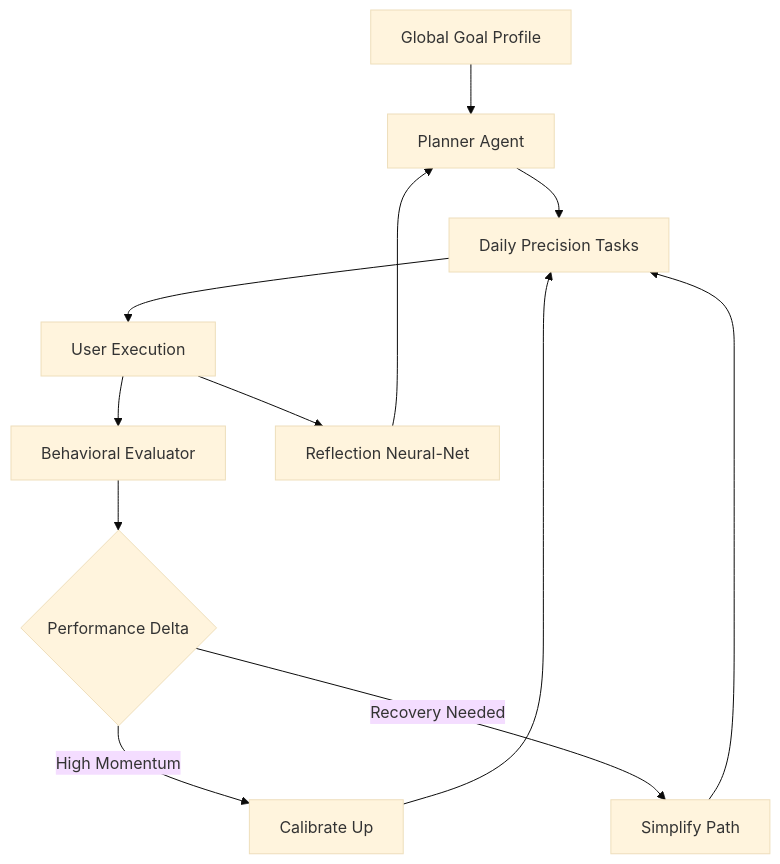
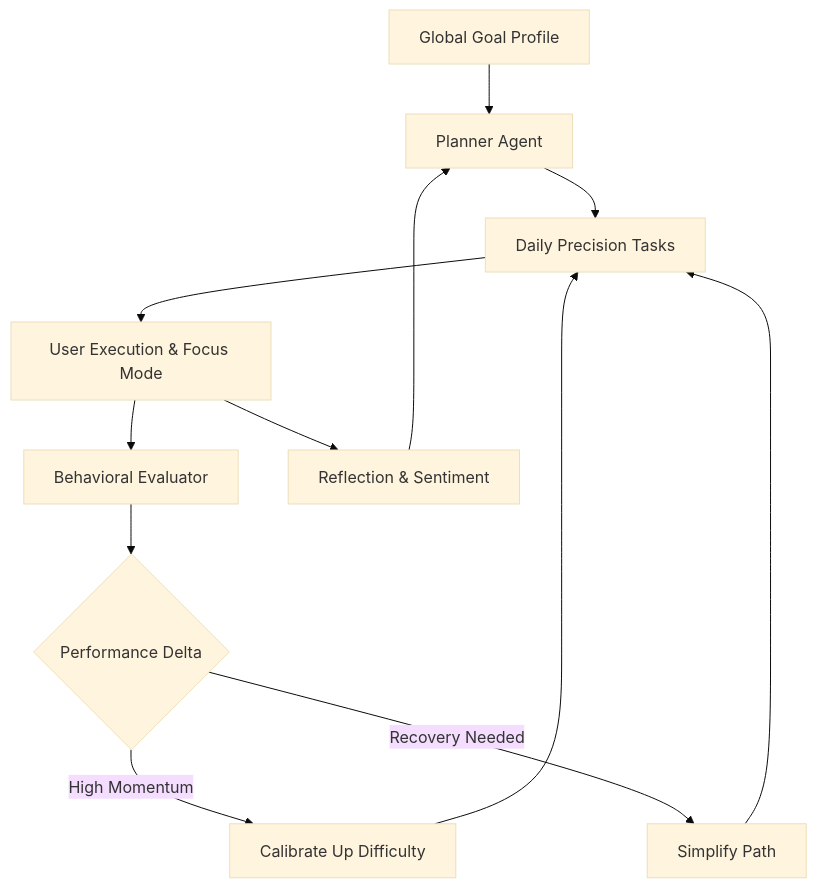
One commit to ManoShruthiS/Execustra changed the diagram in README.md. Above: the diagram before and after it, drawn with Mermaid (base theme). The commit also changed other lines of this file, not shown here.

````diff
--- a/README.md
+++ b/README.md
@@ -13,14 +11,14 @@
 ```mermaid
 graph TD
     A[Global Goal Profile] --> B[Planner Agent]
     B --> C[Daily Precision Tasks]
-    C --> D[User Execution]
+    C --> D[User Execution & Focus Mode]
     D --> E[Behavioral Evaluator]
     E --> F{Performance Delta}
-    F -->|High Momentum| G[Calibrate Up]
+    F -->|High Momentum| G[Calibrate Up Difficulty]
     F -->|Recovery Needed| H[Simplify Path]
     G --> C
     H --> C
-    D --> I[Reflection Neural-Net]
+    D --> I[Reflection & Sentiment]
     I --> B
 ```
````
